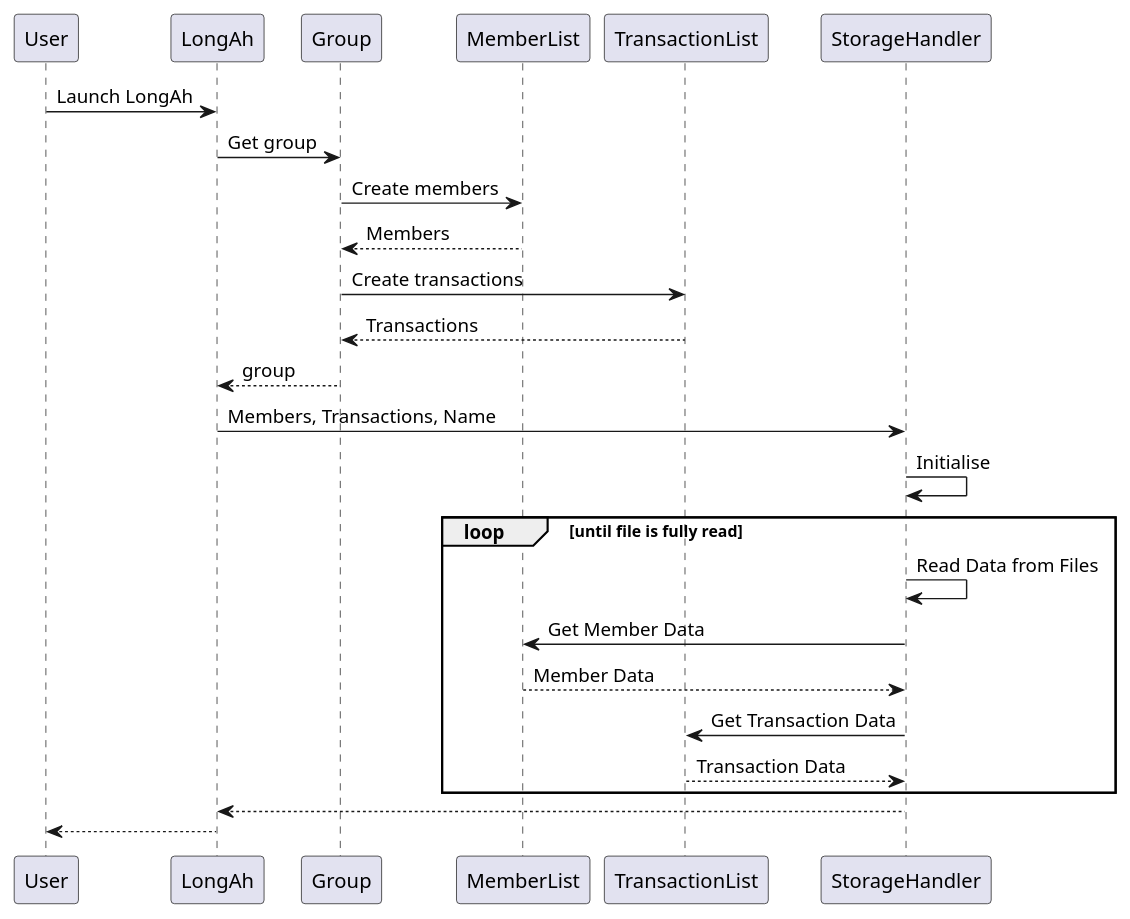
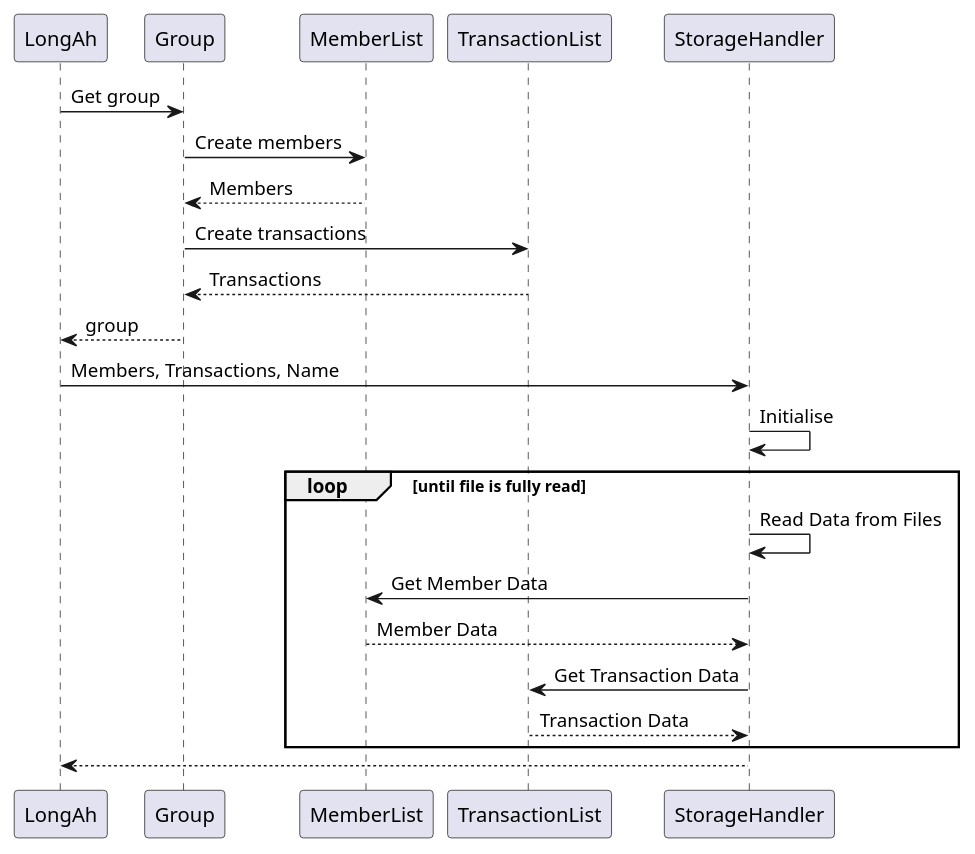
One commit to jing-xiang/tp changed the diagram in docs/diagrams/StorageHandlerInitSequenceDiagram.puml. Above: the diagram before and after it, drawn with PlantUML. The commit also changed 3 other files, not shown here.

Commit message:
Update sequence diagrams

```diff
--- a/docs/diagrams/StorageHandlerInitSequenceDiagram.puml
+++ b/docs/diagrams/StorageHandlerInitSequenceDiagram.puml
@@ -1,27 +1,24 @@
 @startuml
-participant User
 participant LongAh
 participant Group
 participant MemberList
 participant TransactionList
 participant StorageHandler
 
-User -> LongAh: Launch LongAh
 LongAh -> Group: Get group
 Group -> MemberList: Create members
 MemberList --> Group: Members
 Group -> TransactionList: Create transactions
 TransactionList --> Group: Transactions
 Group --> LongAh: group
 LongAh -> StorageHandler: Members, Transactions, Name
 StorageHandler -> StorageHandler: Initialise 
 loop until file is fully read
 StorageHandler -> StorageHandler: Read Data from Files
 StorageHandler -> MemberList: Get Member Data
 MemberList --> StorageHandler : Member Data
 StorageHandler -> TransactionList: Get Transaction Data
 TransactionList --> StorageHandler : Transaction Data
 end
 StorageHandler --> LongAh
-LongAh --> User
 @enduml
```
